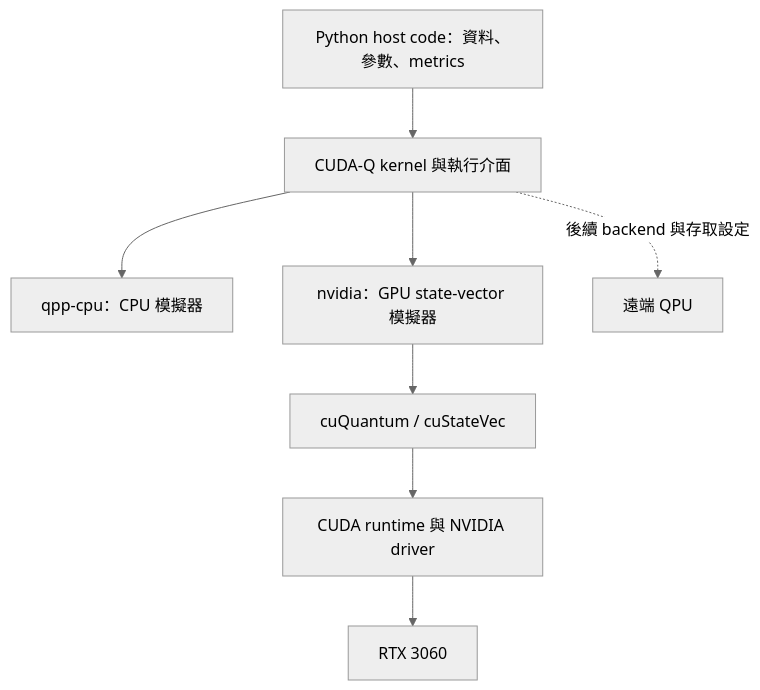
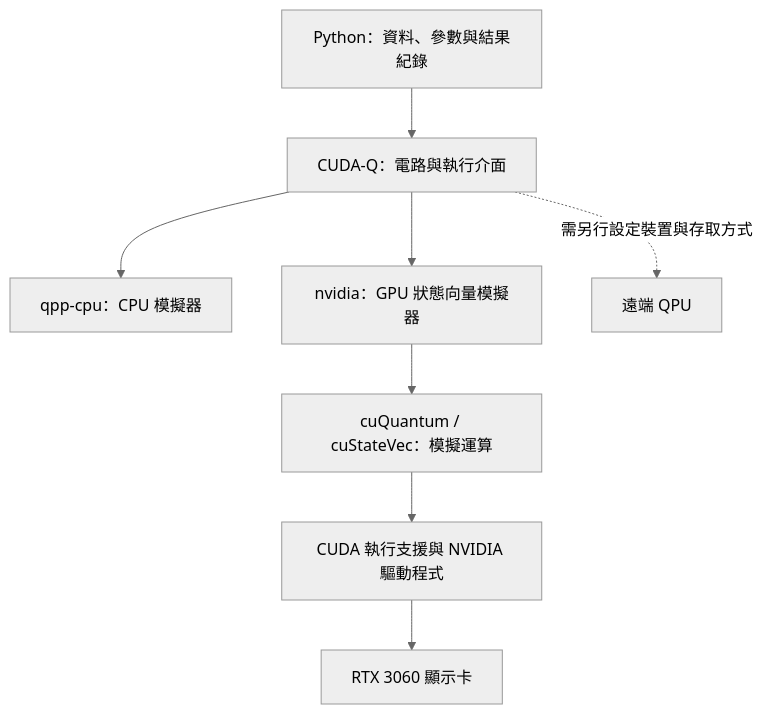
Before and after one commit to kancheng/qml-engineering-30-days: the diagram in articles/day06/README.md, drawn with Mermaid (neutral theme). The commit also changed other lines of this file and 4 other files, not shown here.

````diff
--- a/articles/day06/README.md
+++ b/articles/day06/README.md
@@ -35,10 +29,10 @@
 ```mermaid
 flowchart TD
-    A[Python host code：資料、參數、metrics] --> B[CUDA-Q kernel 與執行介面]
+    A[Python：資料、參數與結果紀錄] --> B[CUDA-Q：電路與執行介面]
     B --> C[qpp-cpu：CPU 模擬器]
-    B --> D[nvidia：GPU state-vector 模擬器]
-    D --> E[cuQuantum / cuStateVec]
-    E --> F[CUDA runtime 與 NVIDIA driver]
-    F --> G[RTX 3060]
-    B -. 後續 backend 與存取設定 .-> H[遠端 QPU]
+    B --> D[nvidia：GPU 狀態向量模擬器]
+    D --> E[cuQuantum / cuStateVec：模擬運算]
+    E --> F[CUDA 執行支援與 NVIDIA 驅動程式]
+    F --> G[RTX 3060 顯示卡]
+    B -. 需另行設定裝置與存取方式 .-> H[遠端 QPU]
 ```
````
